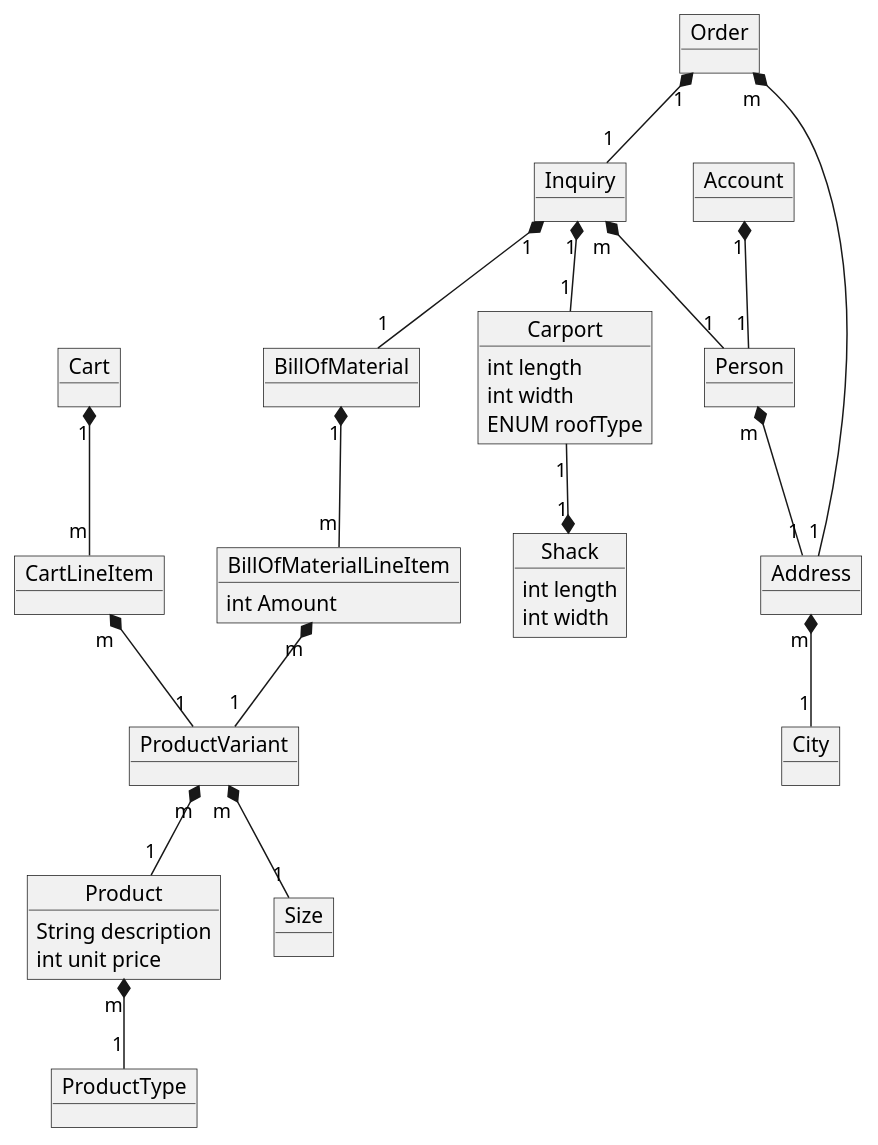
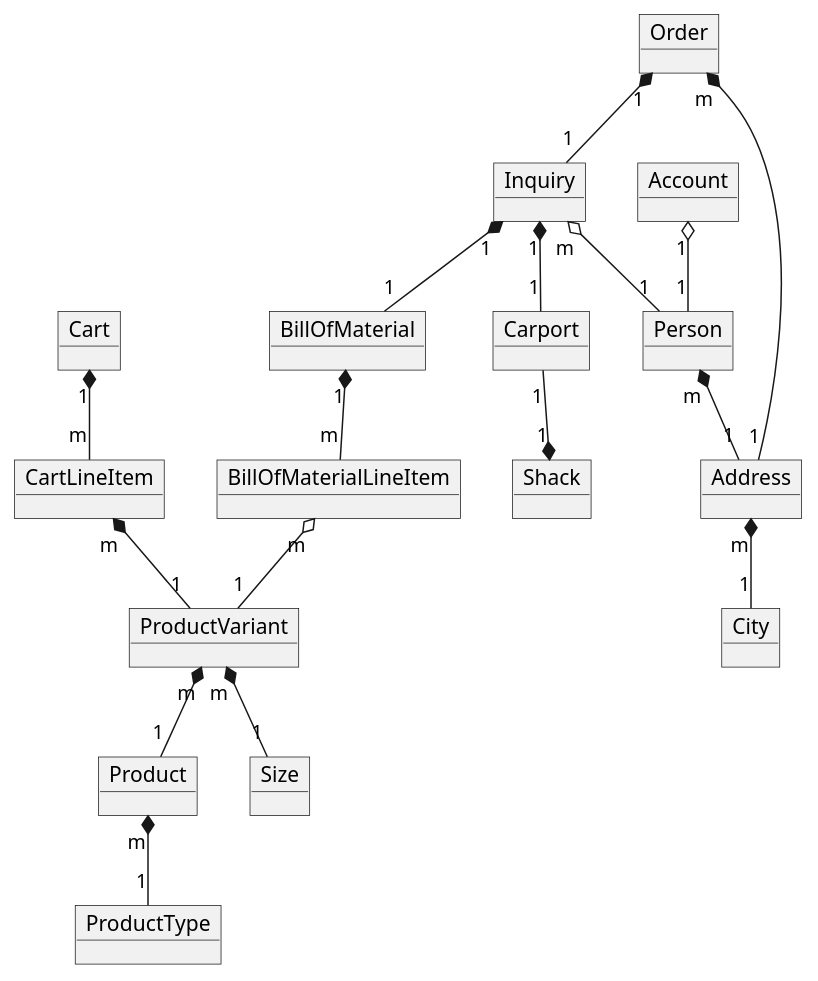
Before and after one commit to Legolai/CarportEksamensProject: the diagram in documentation/domainModelv2.puml, drawn with PlantUML. The commit also changed 7 other files, not shown here.

```diff
--- a/documentation/domainModelv2.puml
+++ b/documentation/domainModelv2.puml
@@ -1,52 +1,44 @@
 @startuml
 'https://plantuml.com/object-diagram
 
 object Cart
 object CartLineItem
 object City
 object Address
 object Account
 object Person
 object Order
 object Inquiry
 object Carport
 object Shack
 object BillOfMaterial
 object BillOfMaterialLineItem
 object Product
 object ProductVariant
 object ProductType
 object Size
 
-Carport : int length
-Carport : int width
-Carport : ENUM roofType
-Shack : int length
-Shack : int width
-BillOfMaterialLineItem : int Amount
-Product : String description
-Product : int unit price
 
 ProductVariant "m"*--"1" Product
-ProductVariant "m"*--"1" Size
+ProductVariant "m" *--"1" Size
 Product "m"*--"1" ProductType
 
-Account "1"*--"1" Person
+Account "1" o-- "1" Person
 Person "m"*--"1" Address
 Address "m"*--"1" City
 
 Inquiry "1" *-- "1" Carport
 Inquiry "1" *-- "1" BillOfMaterial
-Inquiry "m" *-- "1" Person
+Inquiry "m" o-- "1" Person
 BillOfMaterial "1" *-- "m" BillOfMaterialLineItem
-BillOfMaterialLineItem "m" *-- "1" ProductVariant
+BillOfMaterialLineItem "m" o-- "1" ProductVariant
 Carport "1" --* "1" Shack
 
 Order "m" *-- "1" Address
 Order "1" *-- "1" Inquiry
 
 Cart "1" *-- "m" CartLineItem
 CartLineItem "m" *-- "1" ProductVariant
 
 
 @enduml
```
